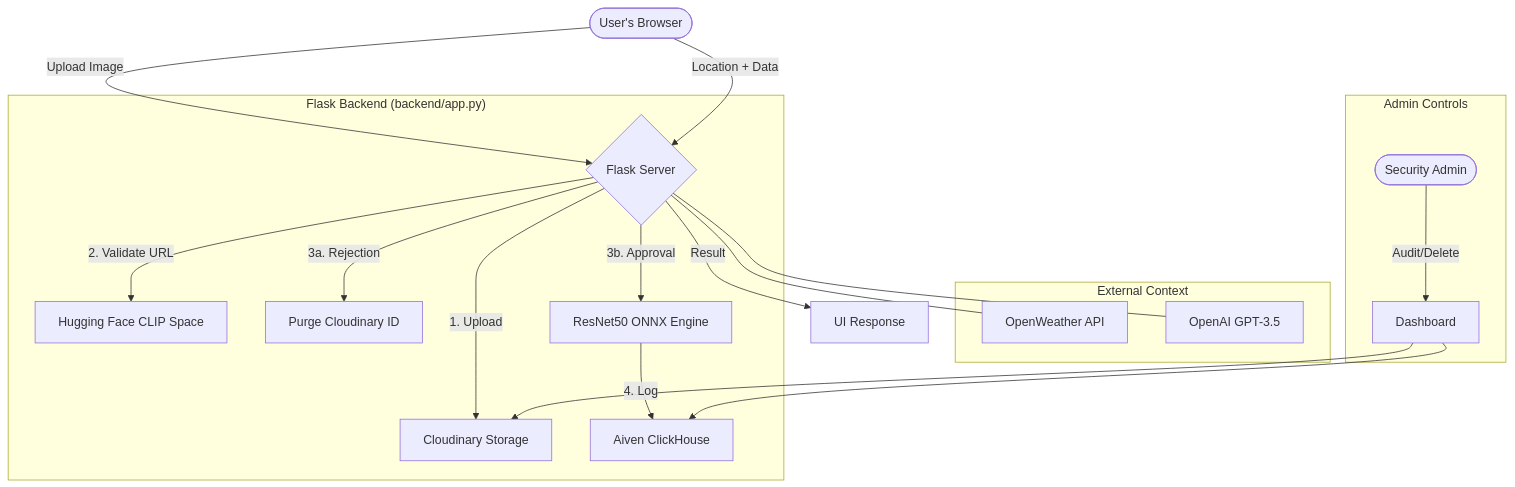
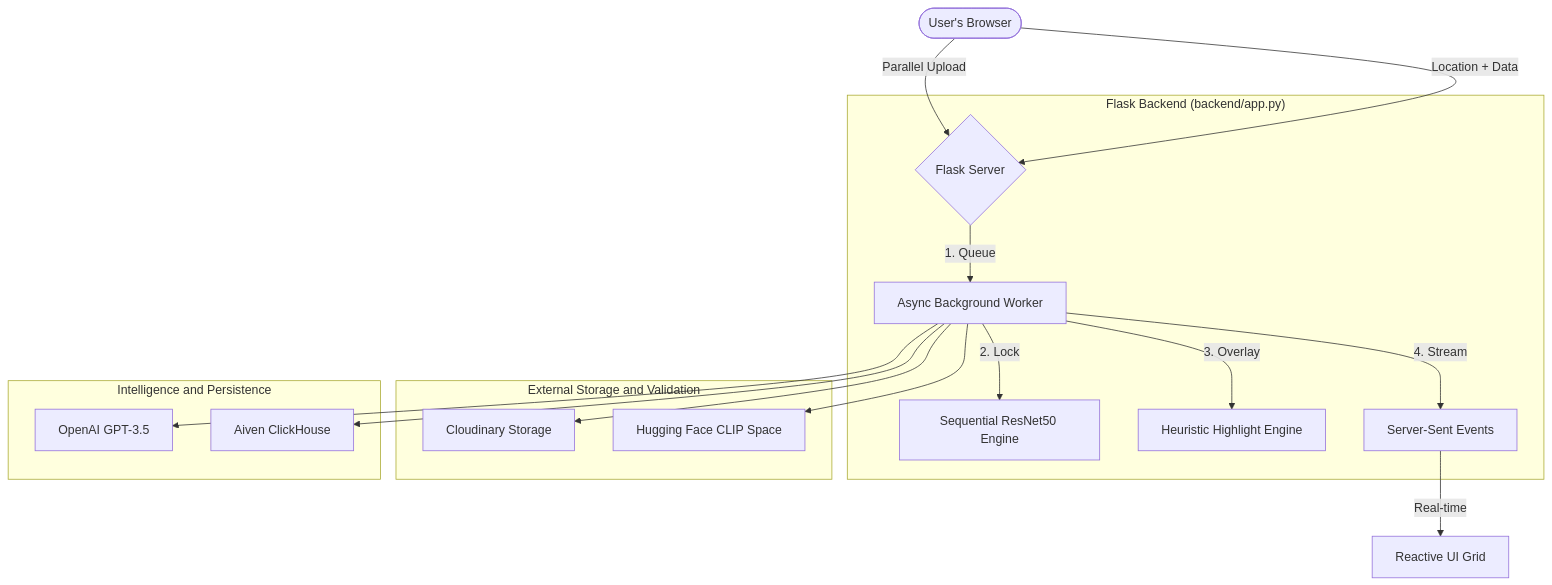
One commit to rautaditya2606/wheat_detection changed the diagram in README.md. Above: the diagram before and after it, drawn with Mermaid. The commit also changed other lines of this file and 1 other file, not shown here.

````diff
--- a/README.md
+++ b/README.md
@@ -24,27 +24,25 @@
 ```mermaid
 graph TD
-    User([User's Browser]) -->|Upload Image| Backend
+    User([User's Browser]) -->|Parallel Upload| Backend
     User -->|Location + Data| Backend
     
     subgraph "Flask Backend (backend/app.py)"
     Backend{Flask Server}
-    Backend -->|1. Upload| Cloudinary[Cloudinary Storage]
-    Backend -->|2. Validate URL| CLIP[Hugging Face CLIP Space]
-    Backend -->|3a. Rejection| Purge[Purge Cloudinary ID]
-    Backend -->|3b. Approval| ResNet[ResNet50 ONNX Engine]
-    ResNet -->|4. Log| ClickHouse[Aiven ClickHouse]
+    Backend -->|1. Queue| Worker[Async Background Worker]
+    Worker -->|2. Lock| ResNet[Sequential ResNet50 Engine]
+    Worker -->|3. Overlay| OpenCV[Heuristic Highlight Engine]
+    Worker -->|4. Stream| SSE[Server-Sent Events]
     end
     
-    subgraph "External Context"
-    Backend --- Weather[OpenWeather API]
-    Backend --- LLM[OpenAI GPT-3.5]
+    subgraph "External Storage and Validation"
+    Worker --> Cloudinary[Cloudinary Storage]
+    Worker --> CLIP[Hugging Face CLIP Space]
     end
     
-    Backend -->|Result| Response[UI Response]
+    subgraph "Intelligence and Persistence"
+    Worker --> LLM[OpenAI GPT-3.5]
+    Worker --> ClickHouse[Aiven ClickHouse]
+    end
     
-    subgraph "Admin Controls"
-    Admin([Security Admin]) -->|Audit/Delete| Dash[Dashboard]
-    Dash --> ClickHouse
-    Dash --> Cloudinary
-    end
+    SSE -->|Real-time| Response[Reactive UI Grid]
 ```
````
